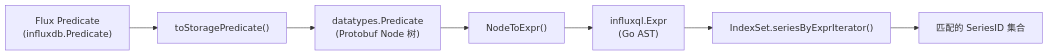
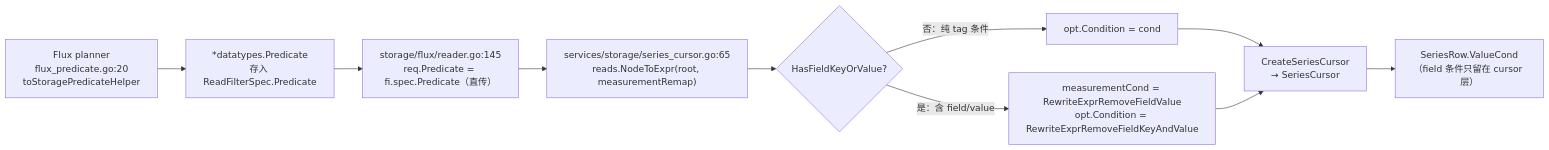
One commit to stefanv5/influxdb changed the sixth of 17 diagrams in docs/specs/09_storage_reads_spec.md. Above: the diagram before and after it, drawn with Mermaid. The commit also changed other lines of this file and 16 other files, not shown here.

First line of the commit message:
docs: correct and deepen the 17 architecture specs

````diff
--- a/docs/specs/09_storage_reads_spec.md
+++ b/docs/specs/09_storage_reads_spec.md
@@ -444,9 +576,12 @@
 ```mermaid
 flowchart LR
-    A["Flux Predicate<br>(influxdb.Predicate)"] --> B["toStoragePredicate()"]
-    B --> C["datatypes.Predicate<br>(Protobuf Node 树)"]
-    C --> D["NodeToExpr()"]
-    D --> E["influxql.Expr<br>(Go AST)"]
-    E --> F["IndexSet.seriesByExprIterator()"]
-    F --> G["匹配的 SeriesID 集合"]
+    A["Flux planner<br/>flux_predicate.go:20<br/>toStoragePredicateHelper"] --> B["*datatypes.Predicate<br/>存入 ReadFilterSpec.Predicate"]
+    B --> C["storage/flux/reader.go:145<br/>req.Predicate = fi.spec.Predicate（直传）"]
+    C --> D["services/storage/series_cursor.go:65<br/>reads.NodeToExpr(root, measurementRemap)"]
+    D --> E{"HasFieldKeyOrValue?"}
+    E -->|"否：纯 tag 条件"| F["opt.Condition = cond"]
+    E -->|"是：含 field/value"| G["measurementCond = RewriteExprRemoveFieldValue<br/>opt.Condition = RewriteExprRemoveFieldKeyAndValue"]
+    F --> H["CreateSeriesCursor<br/>→ SeriesCursor"]
+    G --> H
+    H --> I["SeriesRow.ValueCond<br/>（field 条件只留在 cursor 层）"]
 ```
````
